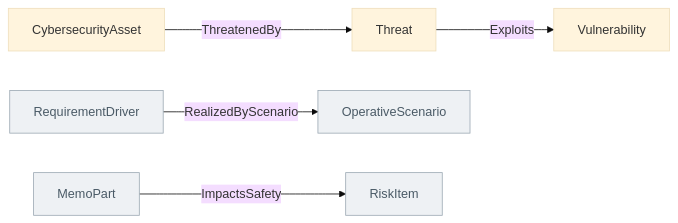
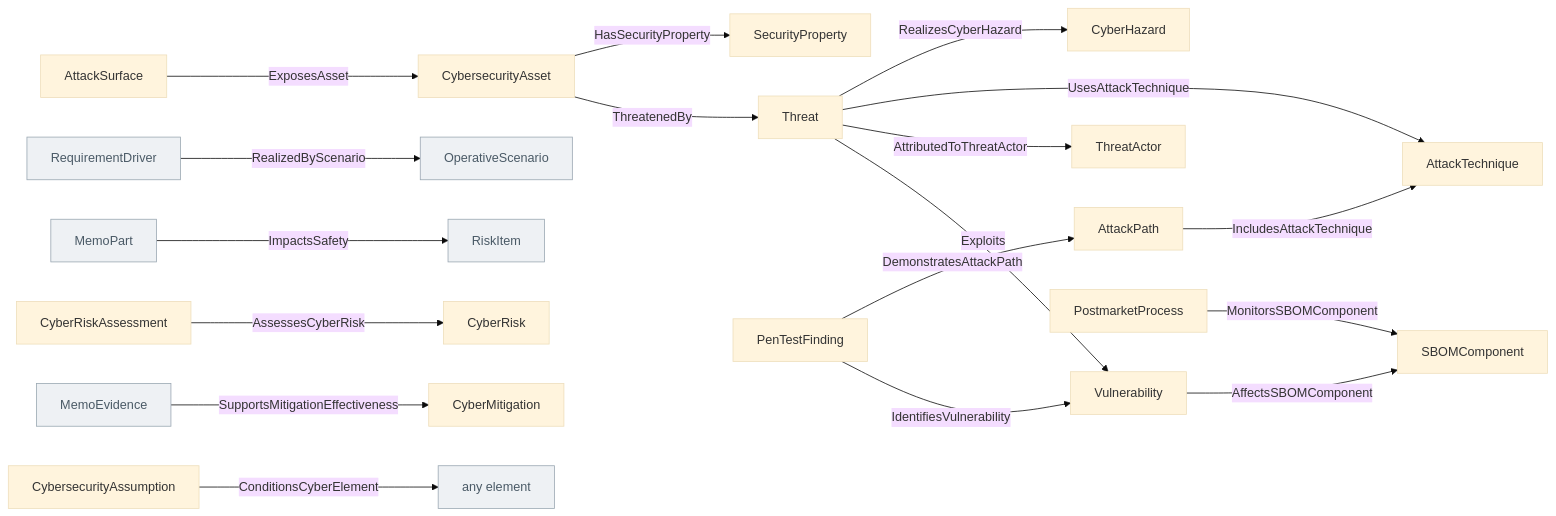
Before and after one commit to memoarchitect/memo: the diagram in docs/ontology/_generated/cybersecurity.md, drawn with Mermaid (base theme). The commit also changed other lines of this file and 9 other files, not shown here.

First line of the commit message:
cybersecurity: product security and threat intelligence

````diff
--- a/docs/ontology/_generated/cybersecurity.md
+++ b/docs/ontology/_generated/cybersecurity.md
@@ -24,15 +33,43 @@
 ```mermaid
 flowchart LR
   CybersecurityAsset["CybersecurityAsset"]
   Threat["Threat"]
   Vulnerability["Vulnerability"]
   RequirementDriver["RequirementDriver"]:::other
   OperativeScenario["OperativeScenario"]:::other
   MemoPart["MemoPart"]:::other
   RiskItem["RiskItem"]:::other
+  SecurityProperty["SecurityProperty"]
+  AttackSurface["AttackSurface"]
+  ThreatActor["ThreatActor"]
+  AttackTechnique["AttackTechnique"]
+  AttackPath["AttackPath"]
+  CyberHazard["CyberHazard"]
+  CyberRiskAssessment["CyberRiskAssessment"]
+  CyberRisk["CyberRisk"]
+  PenTestFinding["PenTestFinding"]
+  SBOMComponent["SBOMComponent"]
+  MemoEvidence["MemoEvidence"]:::other
+  CyberMitigation["CyberMitigation"]
+  CybersecurityAssumption["CybersecurityAssumption"]
+  anyElement["any element"]:::other
+  PostmarketProcess["PostmarketProcess"]
   CybersecurityAsset -->|ThreatenedBy| Threat
   Threat -->|Exploits| Vulnerability
   RequirementDriver -->|RealizedByScenario| OperativeScenario
   MemoPart -->|ImpactsSafety| RiskItem
+  CybersecurityAsset -->|HasSecurityProperty| SecurityProperty
+  AttackSurface -->|ExposesAsset| CybersecurityAsset
+  Threat -->|AttributedToThreatActor| ThreatActor
+  Threat -->|UsesAttackTechnique| AttackTechnique
+  AttackPath -->|IncludesAttackTechnique| AttackTechnique
+  Threat -->|RealizesCyberHazard| CyberHazard
+  CyberRiskAssessment -->|AssessesCyberRisk| CyberRisk
+  PenTestFinding -->|IdentifiesVulnerability| Vulnerability
+  Vulnerability -->|AffectsSBOMComponent| SBOMComponent
+  PenTestFinding -->|DemonstratesAttackPath| AttackPath
+  MemoEvidence -->|SupportsMitigationEffectiveness| CyberMitigation
+  CybersecurityAssumption -->|ConditionsCyberElement| anyElement
+  PostmarketProcess -->|MonitorsSBOMComponent| SBOMComponent
   classDef other fill:#eef1f4,stroke:#9aa7b2,color:#4a5a66
 ```
````
